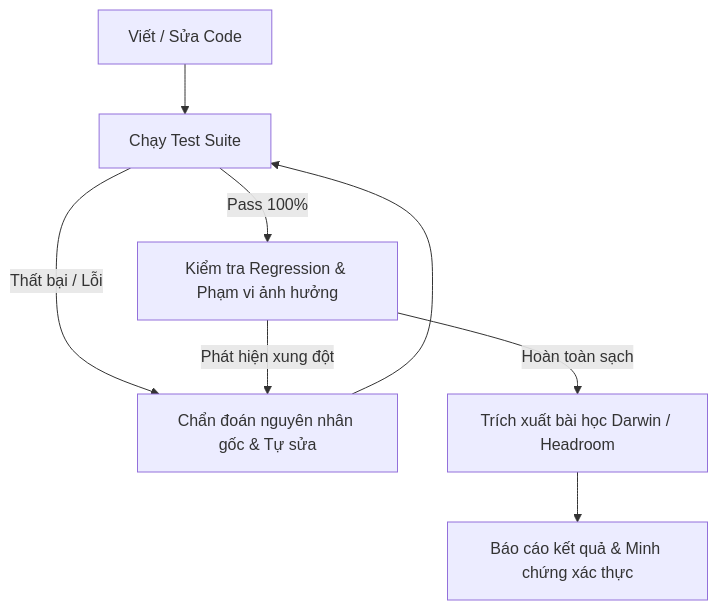
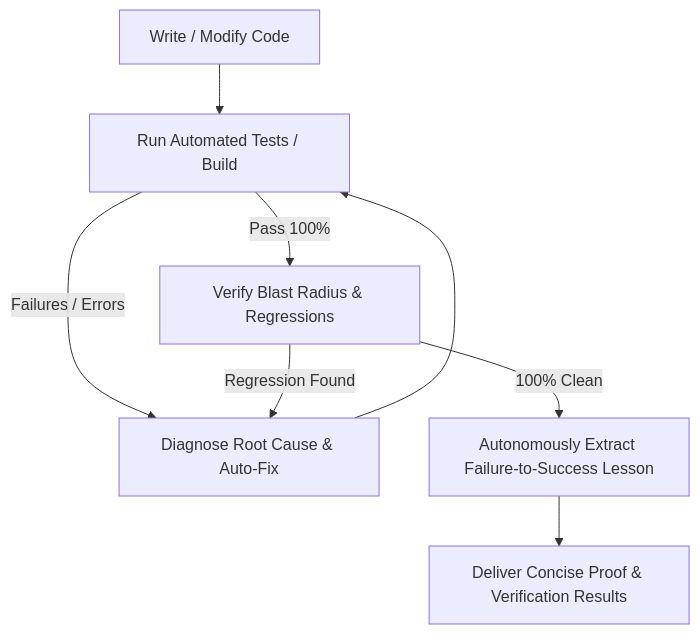
The diagram in .agents/AGENTS.md (LoveCookieee-java/CookieGli), drawn with Mermaid before and after one commit. The commit also changed other lines of this file, not shown here.

````diff
--- a/.agents/AGENTS.md
+++ b/.agents/AGENTS.md
@@ -27,10 +30,10 @@
 ```mermaid
 graph TD
-    A[Viết / Sửa Code] --> B[Chạy Test Suite]
-    B -->|Thất bại / Lỗi| C[Chẩn đoán nguyên nhân gốc & Tự sửa]
+    A[Write / Modify Code] --> B[Run Automated Tests / Build]
+    B -->|Failures / Errors| C[Diagnose Root Cause & Auto-Fix]
     C --> B
-    B -->|Pass 100%| D[Kiểm tra Regression & Phạm vi ảnh hưởng]
-    D -->|Phát hiện xung đột| C
-    D -->|Hoàn toàn sạch| E[Trích xuất bài học Darwin / Headroom]
-    E --> F[Báo cáo kết quả & Minh chứng xác thực]
+    B -->|Pass 100%| D[Verify Blast Radius & Regressions]
+    D -->|Regression Found| C
+    D -->|100% Clean| E[Autonomously Extract Failure-to-Success Lesson]
+    E --> F[Deliver Concise Proof & Verification Results]
 ```
````
